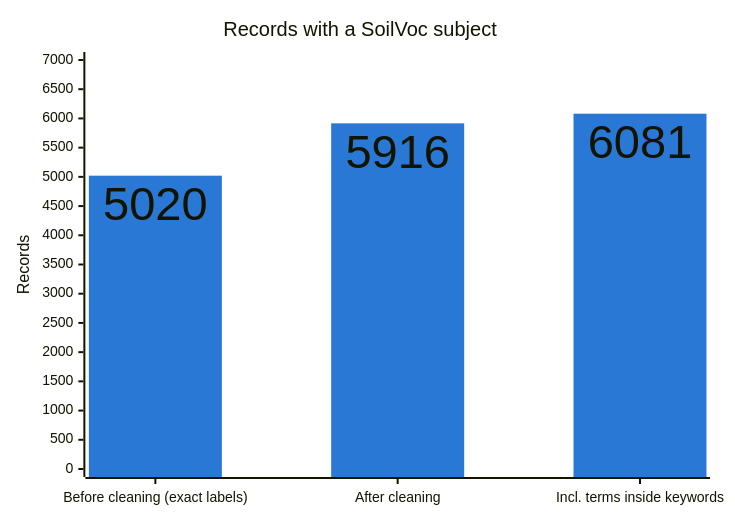
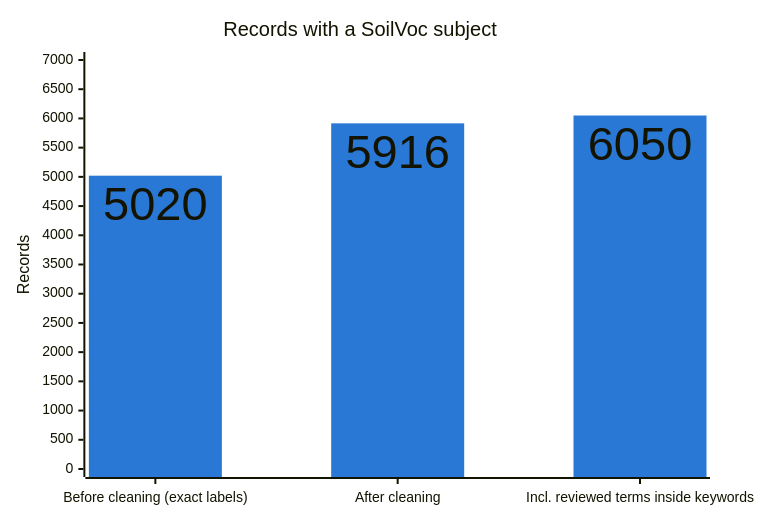
Before and after one commit to ahmadkhanraj01/soil-vocabs: the sixth of 10 diagrams in reports/soilvoc_levels_vs_db/PLAN.md, drawn with Mermaid. The commit also changed other lines of this file and 5 other files, not shown here.

First line of the commit message:
Add SoilVoc terms/keywords in DB lists and review of inside-keyword matches

````diff
--- a/reports/soilvoc_levels_vs_db/PLAN.md
+++ b/reports/soilvoc_levels_vs_db/PLAN.md
@@ -146,15 +148,15 @@
 ```mermaid
 ---
 config:
   xyChart:
     showDataLabel: true
   themeVariables:
     xyChart:
       plotColorPalette: "#2a78d6"
 ---
 xychart-beta
   title "Records with a SoilVoc subject"
-  x-axis ["Before cleaning (exact labels)", "After cleaning", "Incl. terms inside keywords"]
+  x-axis ["Before cleaning (exact labels)", "After cleaning", "Incl. reviewed terms inside keywords"]
   y-axis "Records" 0 --> 7000
-  bar [5020, 5916, 6081]
+  bar [5020, 5916, 6050]
 ```
````
